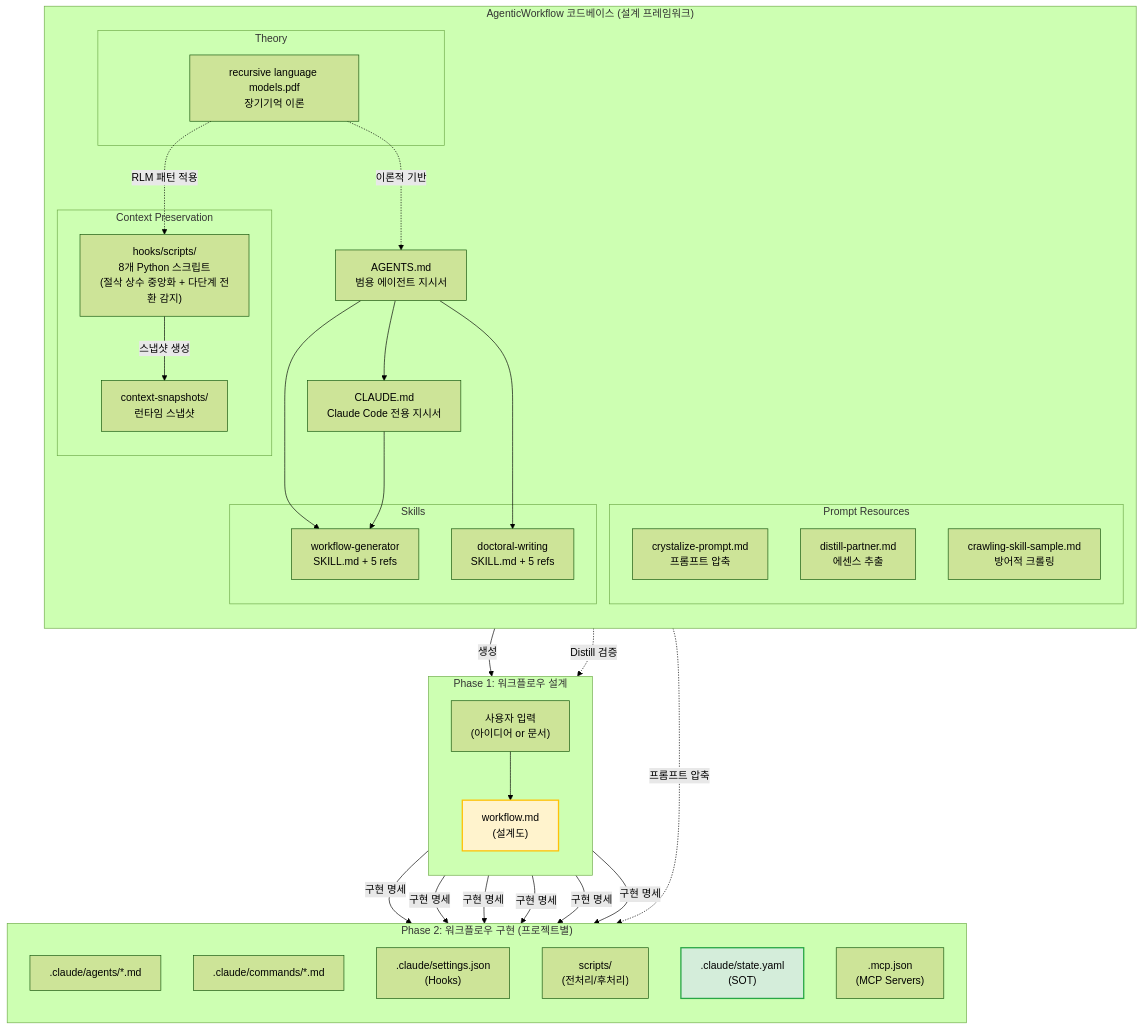
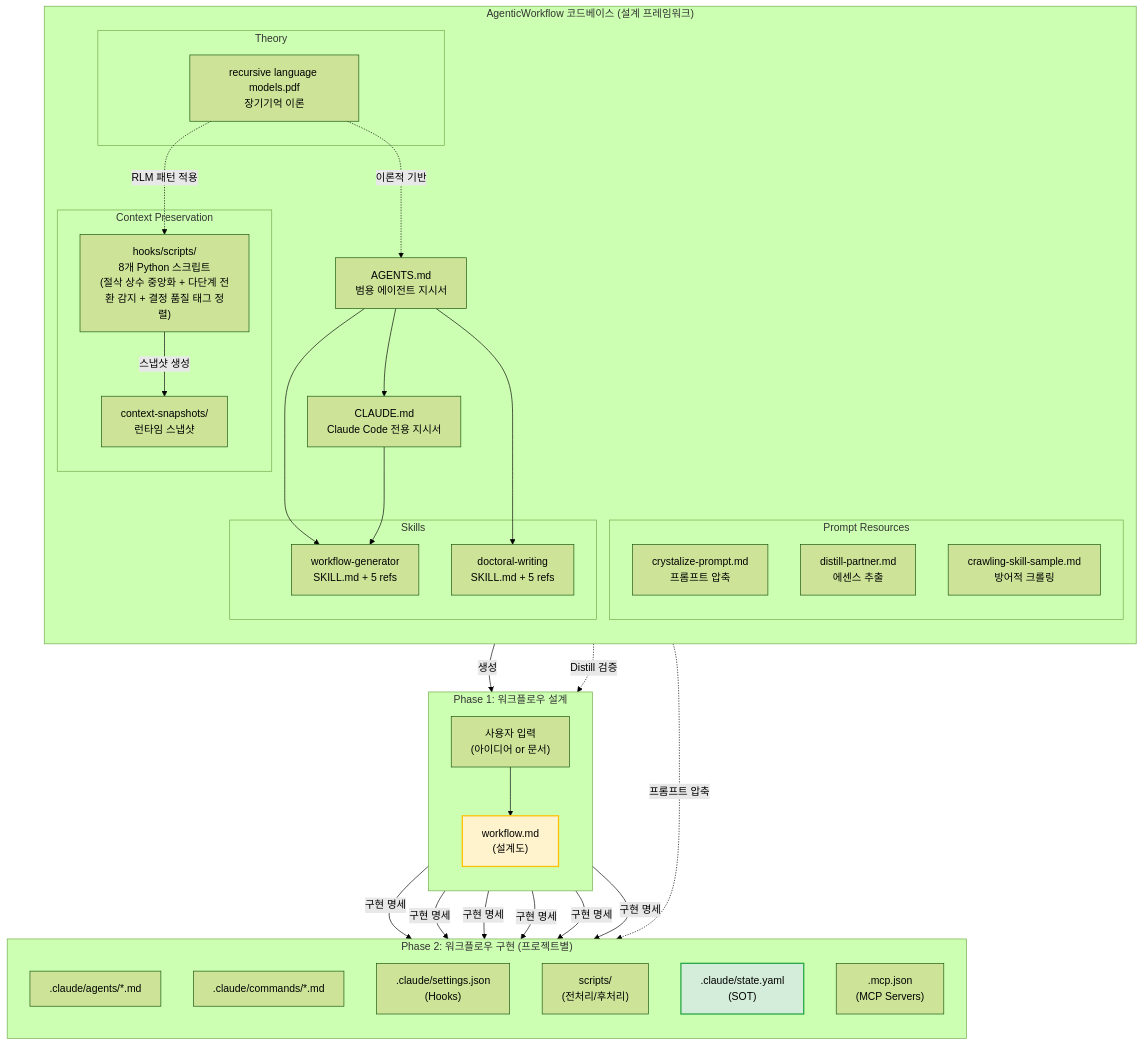
One commit to oogisoogi/AgenticWorkflow changed the second of 13 diagrams in AGENTICWORKFLOW-ARCHITECTURE-AND-PHILOSOPHY.md. Above: the diagram before and after it, drawn with Mermaid (forest theme). The commit also changed other lines of this file and 17 other files, not shown here.

````diff
--- a/AGENTICWORKFLOW-ARCHITECTURE-AND-PHILOSOPHY.md
+++ b/AGENTICWORKFLOW-ARCHITECTURE-AND-PHILOSOPHY.md
@@ -190,66 +190,66 @@
 ```mermaid
 graph TB
     subgraph "AgenticWorkflow 코드베이스 (설계 프레임워크)"
         direction TB
         CLAUDE["CLAUDE.md<br/>Claude Code 전용 지시서"]
         AGENTS["AGENTS.md<br/>범용 에이전트 지시서"]
 
         subgraph "Skills"
             WG["workflow-generator<br/>SKILL.md + 5 refs"]
             DW["doctoral-writing<br/>SKILL.md + 5 refs"]
         end
 
         subgraph "Context Preservation"
-            CPS["hooks/scripts/<br/>8개 Python 스크립트<br/>(절삭 상수 중앙화 + 다단계 전환 감지)"]
+            CPS["hooks/scripts/<br/>8개 Python 스크립트<br/>(절삭 상수 중앙화 + 다단계 전환 감지 + 결정 품질 태그 정렬)"]
             CSS["context-snapshots/<br/>런타임 스냅샷"]
         end
 
         subgraph "Prompt Resources"
             CP["crystalize-prompt.md<br/>프롬프트 압축"]
             DP["distill-partner.md<br/>에센스 추출"]
             CS["crawling-skill-sample.md<br/>방어적 크롤링"]
         end
 
         subgraph "Theory"
             RLM["recursive language models.pdf<br/>장기기억 이론"]
         end
 
         AGENTS --> CLAUDE
         AGENTS --> WG
         AGENTS --> DW
         CLAUDE --> WG
         RLM -.->|"이론적 기반"| AGENTS
         RLM -.->|"RLM 패턴 적용"| CPS
         CPS -->|"스냅샷 생성"| CSS
     end
 
     subgraph "Phase 1: 워크플로우 설계"
         direction TB
         USER_INPUT["사용자 입력<br/>(아이디어 or 문서)"]
         WF["workflow.md<br/>(설계도)"]
         USER_INPUT --> WF
     end
 
     subgraph "Phase 2: 워크플로우 구현 (프로젝트별)"
         direction TB
         AG[".claude/agents/*.md"]
         CMD[".claude/commands/*.md"]
         HK[".claude/settings.json<br/>(Hooks)"]
         SC["scripts/<br/>(전처리/후처리)"]
         SOT[".claude/state.yaml<br/>(SOT)"]
         MCP[".mcp.json<br/>(MCP Servers)"]
     end
 
     WG -->|"생성"| WF
     DP -.->|"Distill 검증"| WF
     CP -.->|"프롬프트 압축"| AG
     WF -->|"구현 명세"| AG
     WF -->|"구현 명세"| CMD
     WF -->|"구현 명세"| HK
     WF -->|"구현 명세"| SC
     WF -->|"구현 명세"| SOT
     WF -->|"구현 명세"| MCP
 
     style WF fill:#fff3cd,stroke:#ffc107,stroke-width:2px
     style SOT fill:#d4edda,stroke:#28a745,stroke-width:2px
 ```
````
